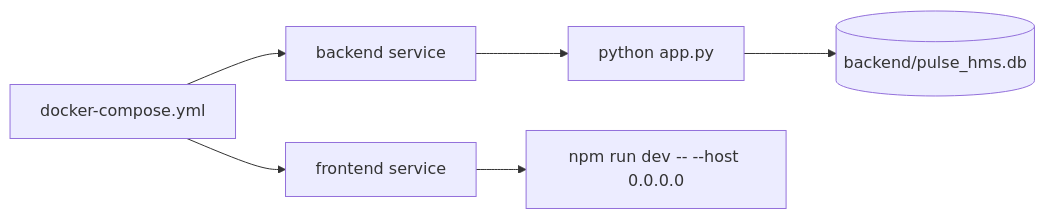
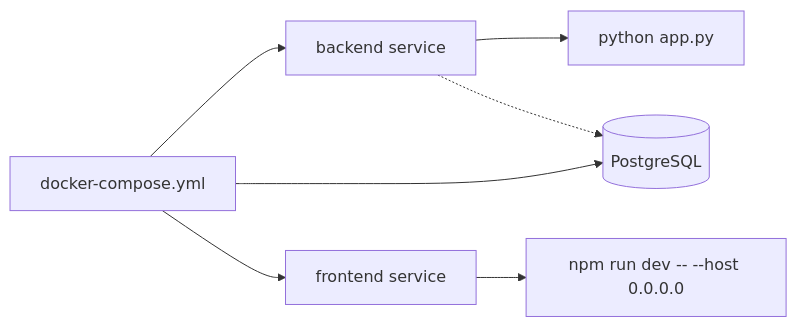
The diagram in docs/deployment.md (eklavyamathur9/pulse-hms-platform), drawn with Mermaid before and after one commit. The commit also changed other lines of this file and 12 other files, not shown here.

````diff
--- a/docs/deployment.md
+++ b/docs/deployment.md
@@ -34,8 +34,9 @@
 ```mermaid
 flowchart LR
   Compose[docker-compose.yml] --> Backend[backend service]
   Compose --> Frontend[frontend service]
+  Compose --> DB[db - PostgreSQL 16]
   Backend --> Python[python app.py]
+  Backend -.-> DB[(PostgreSQL)]
   Frontend --> Vite[npm run dev -- --host 0.0.0.0]
-  Python --> SQLite[(backend/pulse_hms.db)]
 ```
````
